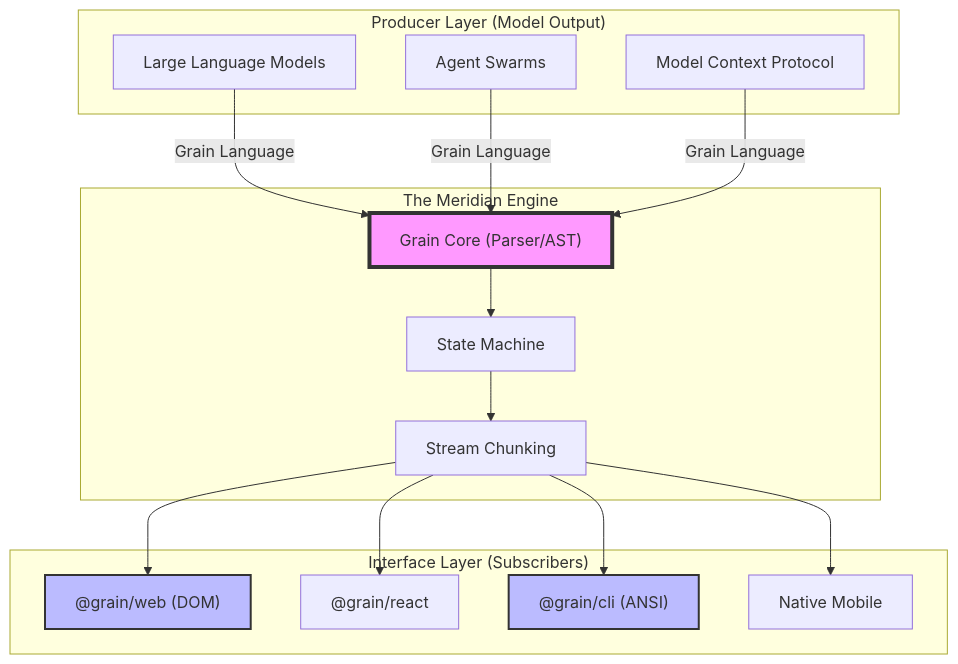
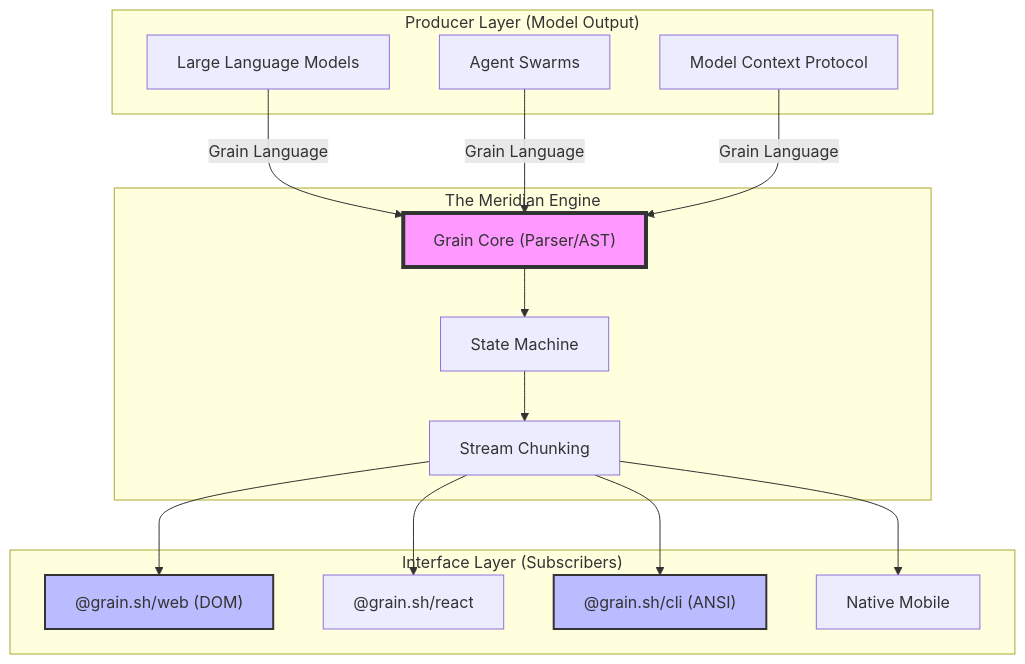
Before and after one commit to sir-ad/grain: the diagram in README.md, drawn with Mermaid. The commit also changed other lines of this file and 19 other files, not shown here.

````diff
--- a/README.md
+++ b/README.md
@@ -85,37 +85,37 @@
 ```mermaid
 graph TD
     subgraph "Interface Layer (Subscribers)"
-        Web["@grain/web (DOM)"]
-        React["@grain/react"]
-        CLI["@grain/cli (ANSI)"]
+        Web["@grain.sh/web (DOM)"]
+        React["@grain.sh/react"]
+        CLI["@grain.sh/cli (ANSI)"]
         Native["Native Mobile"]
     end
 
     subgraph "The Meridian Engine"
         Core["Grain Core (Parser/AST)"]
         State["State Machine"]
         Stream["Stream Chunking"]
     end
 
     subgraph "Producer Layer (Model Output)"
         LLM["Large Language Models"]
         MultiAgent["Agent Swarms"]
         MCP["Model Context Protocol"]
     end
 
     LLM -->|Grain Language| Core
     MultiAgent -->|Grain Language| Core
     MCP -->|Grain Language| Core
 
     Core --> State
     State --> Stream
     
     Stream --> Web
     Stream --> React
     Stream --> CLI
     Stream --> Native
 
     style Core fill:#f9f,stroke:#333,stroke-width:4px
     style Web fill:#bbf,stroke:#333,stroke-width:2px
     style CLI fill:#bbf,stroke:#333,stroke-width:2px
 ```
````
